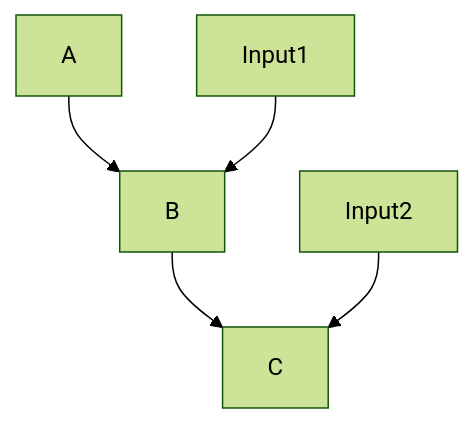
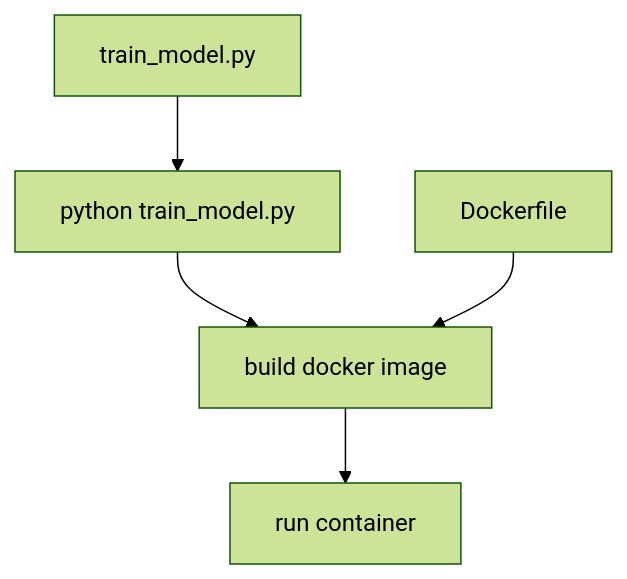
The first of 3 diagrams in README.md (ketut-garjita/E-Commerce-Engagement-ML), drawn with Mermaid (forest theme) before and after one commit.

````diff
--- a/README.md
+++ b/README.md
@@ -111,6 +111,7 @@
 ```mermaid
    graph TD
-    A --> B --> C
-    Input1 --> B
-    Input2 --> C
+    A[python train_model.py] --> B[build docker image]
+    B --> C[run container]
+    train_model.py --> A
+    Dockerfile --> B
 ```
````
